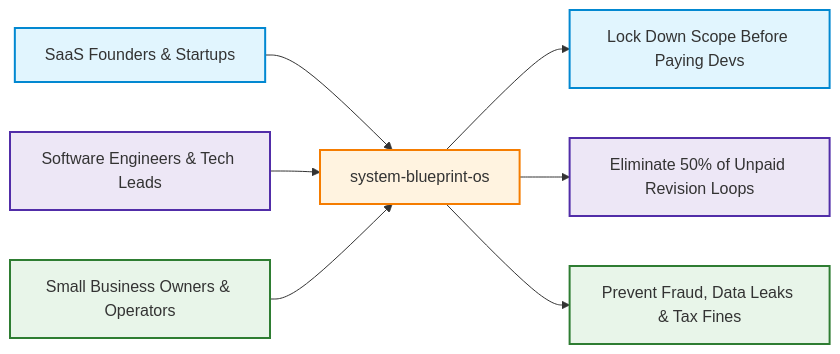
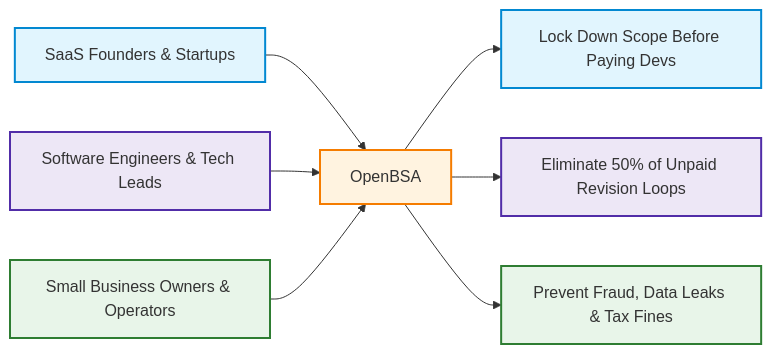
Before and after one commit to reviveproject4-source/OpenBSA: the first of 2 diagrams in README.md, drawn with Mermaid. The commit also changed other lines of this file and 6 other files, not shown here.

First line of the commit message:
fix: correct OpenBSA MTI and evidence-gated specification output

````diff
--- a/README.md
+++ b/README.md
@@ -61,15 +61,15 @@
 ```mermaid
 graph LR
     classDef founder fill:#e1f5fe,stroke:#0288d1,stroke-width:2px;
     classDef dev fill:#ede7f6,stroke:#512da8,stroke-width:2px;
     classDef smb fill:#e8f5e9,stroke:#2e7d32,stroke-width:2px;
     classDef os fill:#fff3e0,stroke:#f57c00,stroke-width:2px;
 
-    F[SaaS Founders & Startups]:::founder --> OS[system-blueprint-os]:::os
+    F[SaaS Founders & Startups]:::founder --> OS[OpenBSA]:::os
     D[Software Engineers & Tech Leads]:::dev --> OS
     S[Small Business Owners & Operators]:::smb --> OS
 
     OS --> V1[Lock Down Scope Before Paying Devs]:::founder
     OS --> V2[Eliminate 50% of Unpaid Revision Loops]:::dev
     OS --> V3[Prevent Fraud, Data Leaks & Tax Fines]:::smb
 ```
````
